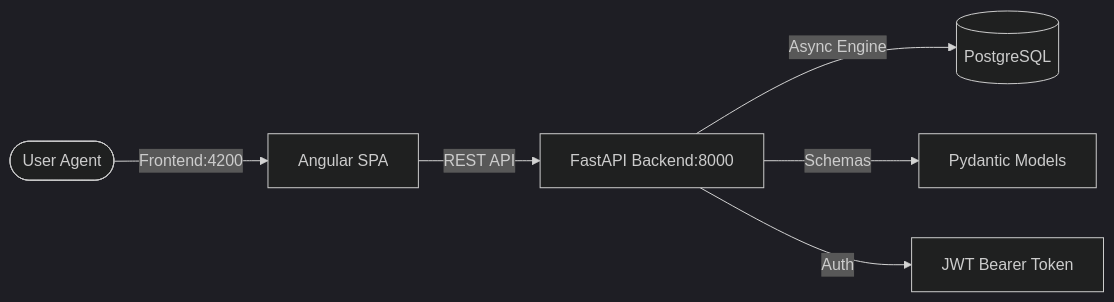
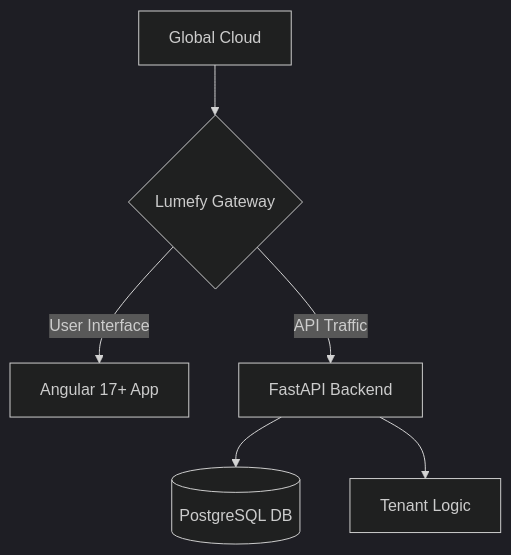
One commit to Alejooc/lumefy changed the diagram in README.md. Above: the diagram before and after it, drawn with Mermaid (dark theme). The commit also changed other lines of this file, not shown here.

````diff
--- a/README.md
+++ b/README.md
@@ -46,8 +43,8 @@
 ```mermaid
-graph LR
-    User([User Agent]) -->|Frontend:4200| Angular[Angular SPA]
-    Angular -->|REST API| FastAPI[FastAPI Backend:8000]
-    FastAPI -->|Async Engine| Postgres[(PostgreSQL)]
-    FastAPI -->|Schemas| Pydantic[Pydantic Models]
-    FastAPI -->|Auth| JWT[JWT Bearer Token]
+graph TD
+    A[Global Cloud] --> B{Lumefy Gateway}
+    B -->|User Interface| C[Angular 17+ App]
+    B -->|API Traffic| D[FastAPI Backend]
+    D --> E[(PostgreSQL DB)]
+    D --> F[Tenant Logic]
 ```
````
